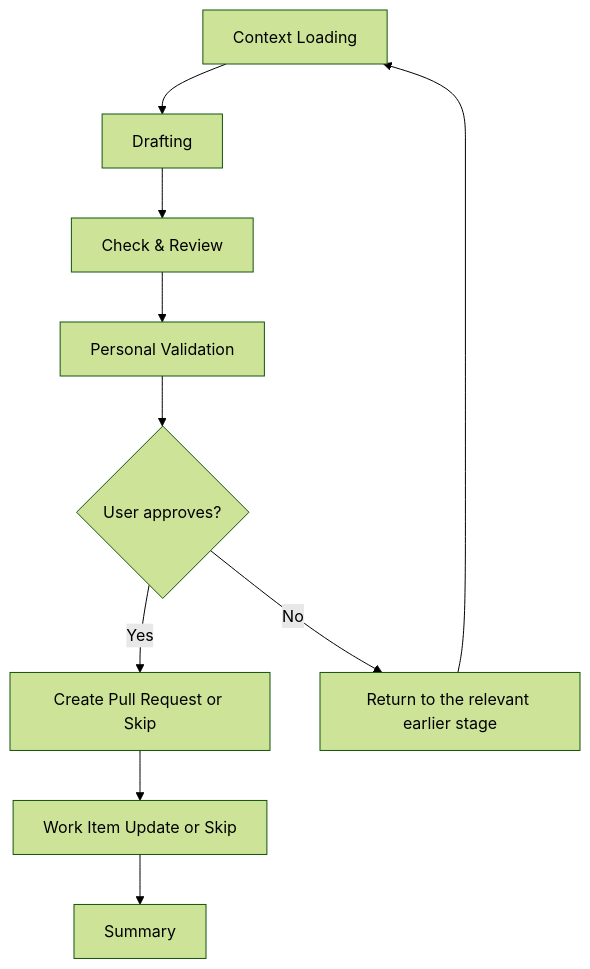
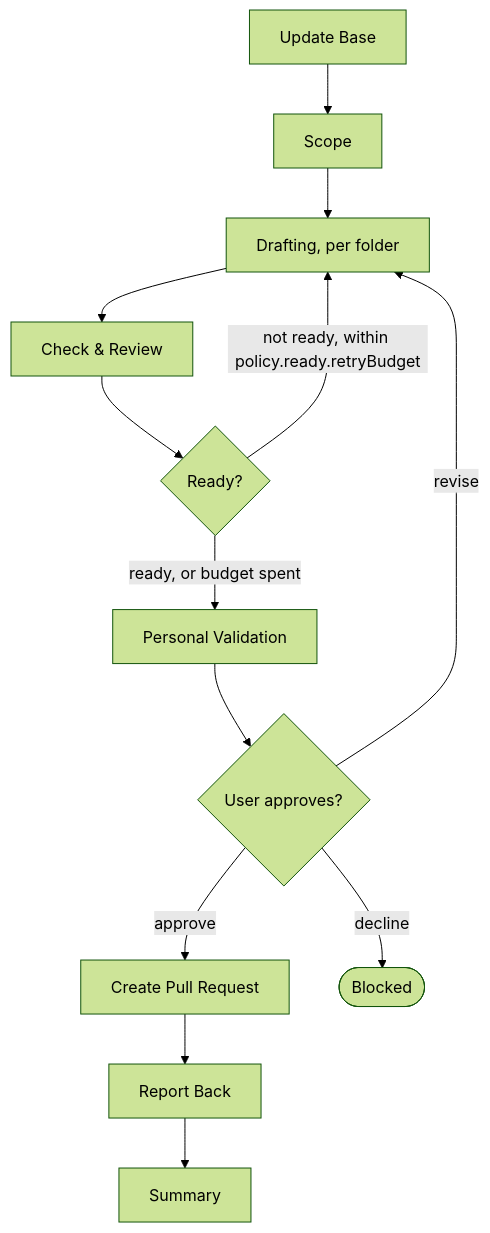
The second of 2 diagrams in plugins/delivery/FLOW-DIAGRAMS.md (JSdotNet/ai-agent-stack), drawn with Mermaid (forest theme) before and after one commit. The commit also changed other lines of this file and 1 other file, not shown here.

First line of the commit message:
delivery: draw the two flows and describe the phases in the README

````diff
--- a/plugins/delivery/FLOW-DIAGRAMS.md
+++ b/plugins/delivery/FLOW-DIAGRAMS.md
@@ -95,12 +66,15 @@
 ```mermaid
 flowchart TD
-    A["Context Loading"] --> B["Drafting"]
-    B --> C["Check & Review"]
-    C --> D["Personal Validation"]
-    D --> E{User approves?}
-    E -->|Yes| F["Create Pull Request or Skip"]
-    E -->|No| G["Return to the relevant earlier stage"]
-    G --> A
-    F --> U["Work Item Update or Skip"]
-    U --> H["Summary"]
+    UB["Update Base"] --> S["Scope"]
+    S --> D["Drafting, per folder"]
+    D --> C["Check & Review"]
+    C --> RD{"Ready?"}
+    RD -->|"not ready, within policy.ready.retryBudget"| D
+    RD -->|"ready, or budget spent"| PV["Personal Validation"]
+    PV --> G{User approves?}
+    G -->|approve| PR["Create Pull Request"]
+    G -->|revise| D
+    G -->|decline| X(["Blocked"])
+    PR --> RB["Report Back"]
+    RB --> SU["Summary"]
 ```
````
